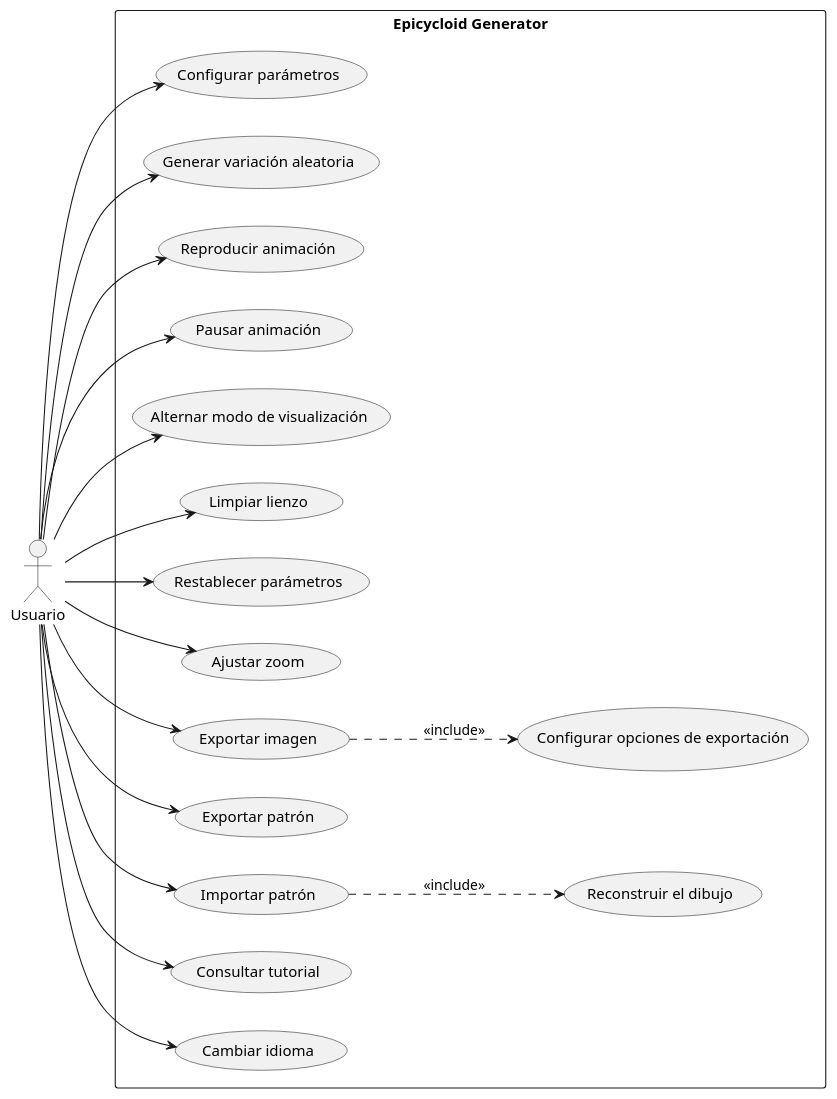
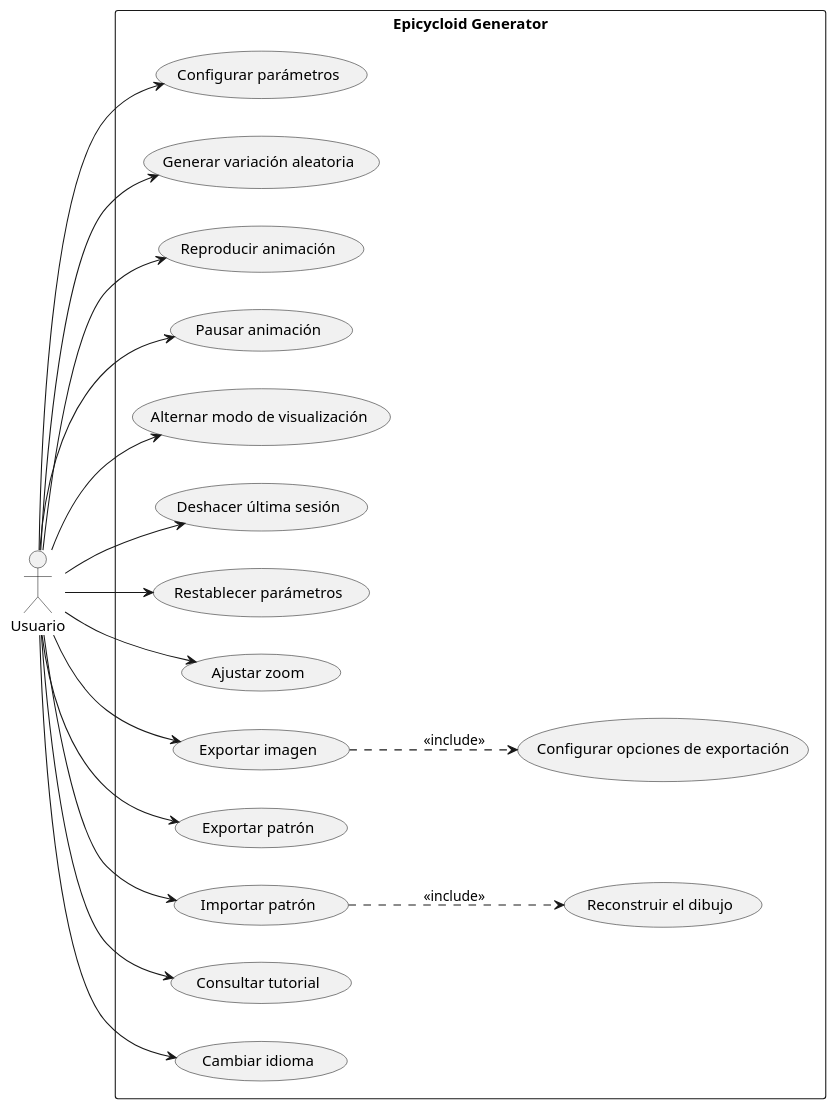
One commit to IgnacioMol/Epicycloid_generator changed the first of 15 diagrams in claude/memoria-cap4-analisis.md. Above: the diagram before and after it, drawn with PlantUML. The commit also changed other lines of this file, not shown here.

````diff
--- a/claude/memoria-cap4-analisis.md
+++ b/claude/memoria-cap4-analisis.md
@@ -345,42 +387,42 @@
 ```plantuml
 @startuml CasosDeUso
 left to right direction
 skinparam packageStyle rectangle
 actor Usuario as U
 
 rectangle "Epicycloid Generator" {
   usecase "Configurar parámetros" as CU1
   usecase "Generar variación aleatoria" as CU12
   usecase "Reproducir animación" as CU2
   usecase "Pausar animación" as CU3
   usecase "Alternar modo de visualización" as CU4
-  usecase "Limpiar lienzo" as CU5
+  usecase "Deshacer última sesión" as CU5
   usecase "Restablecer parámetros" as CU6
   usecase "Ajustar zoom" as CU7
   usecase "Exportar imagen" as CU8
   usecase "Configurar opciones de exportación" as CU8b
   usecase "Exportar patrón" as CU9
   usecase "Importar patrón" as CU10
   usecase "Reconstruir el dibujo" as CU10b
   usecase "Consultar tutorial" as CU11
   usecase "Cambiar idioma" as CU13
 }
 
 U --> CU1
 U --> CU12
 U --> CU2
 U --> CU3
 U --> CU4
 U --> CU5
 U --> CU6
 U --> CU7
 U --> CU8
 U --> CU9
 U --> CU10
 U --> CU11
 U --> CU13
 
 CU8 ..> CU8b : <<include>>
 CU10 ..> CU10b : <<include>>
 @enduml
 ```
````
